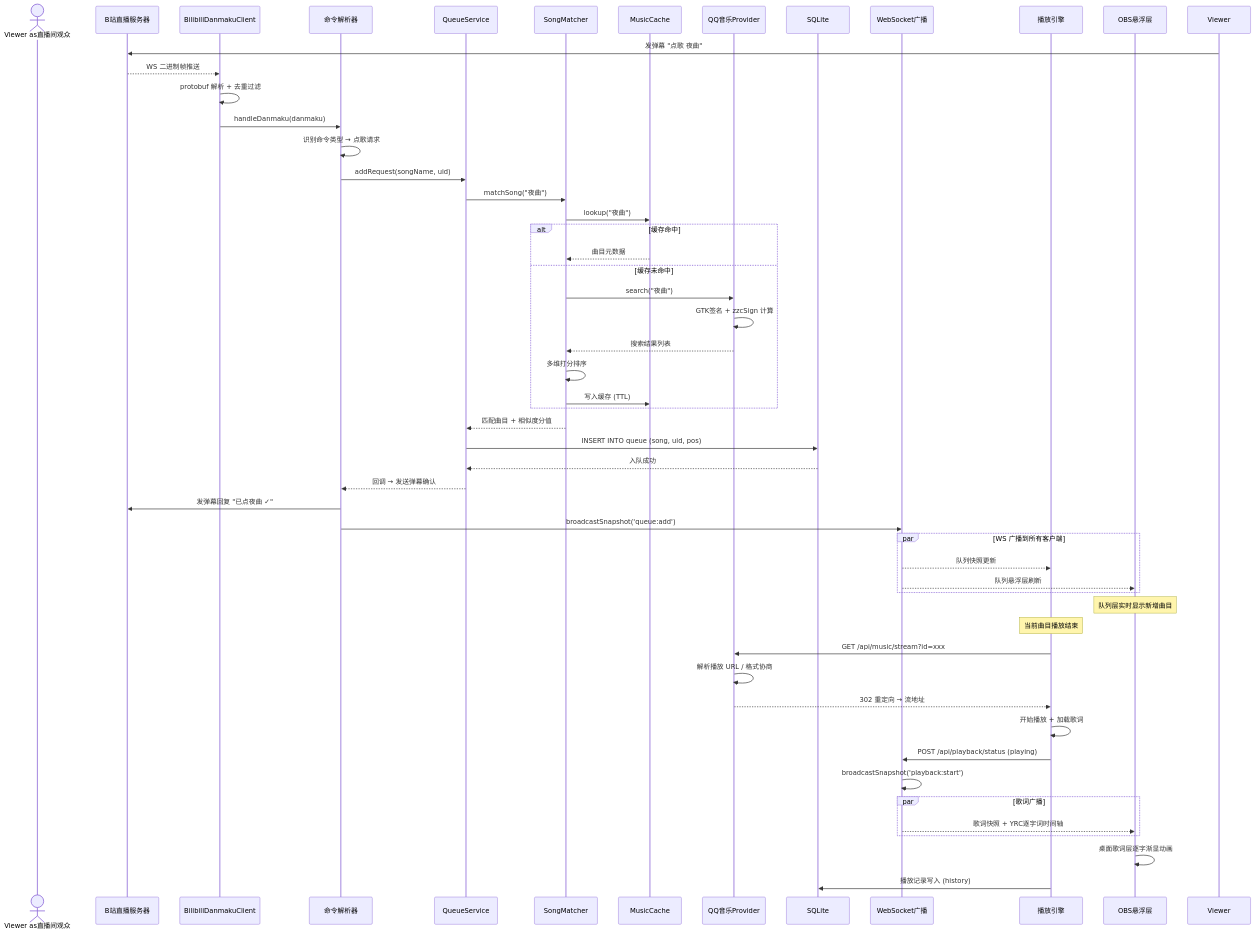
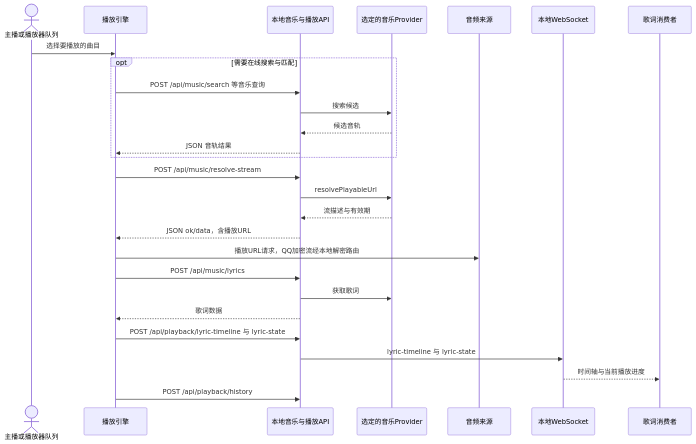
One commit to AuroraWhisperer/LIRA changed the second of 2 diagrams in docs/architecture/diagrams/song-request-flow.md. Above: the diagram before and after it, drawn with Mermaid. The commit also changed other lines of this file and 194 other files, not shown here.

````diff
--- a/docs/architecture/diagrams/song-request-flow.md
+++ b/docs/architecture/diagrams/song-request-flow.md
@@ -7,67 +30,29 @@
 ```mermaid
 sequenceDiagram
-    actor Viewer as直播间观众
-    participant BL as B站直播服务器
-    participant DC as BilibiliDanmakuClient
-    participant CMD as 命令解析器
-    participant QS as QueueService
-    participant SM as SongMatcher
-    participant CACHE as MusicCache
-    participant QQ as QQ音乐Provider
-    participant DB as SQLite
-    participant WS as WebSocket广播
+    actor User as 主播或播放器队列
     participant FE as 播放引擎
-    participant OBS as OBS悬浮层
-
-    Viewer->>BL: 发弹幕 "点歌 夜曲"
-    BL-->>DC: WS 二进制帧推送
-    DC->>DC: protobuf 解析 + 去重过滤
-
-    DC->>CMD: handleDanmaku(danmaku)
-    CMD->>CMD: 识别命令类型 → 点歌请求
-
-    CMD->>QS: addRequest(songName, uid)
-    QS->>SM: matchSong("夜曲")
-    SM->>CACHE: lookup("夜曲")
-
-    alt缓存命中
-        CACHE-->>SM: 曲目元数据
-    else 缓存未命中
-        SM->>QQ: search("夜曲")
-        QQ->>QQ: GTK签名 + zzcSign 计算
-        QQ-->>SM: 搜索结果列表
-        SM->>SM: 多维打分排序
-        SM->>CACHE: 写入缓存 (TTL)
+    participant API as 本地音乐与播放API
+    participant P as 选定的音乐Provider
+    participant CDN as 音频来源
+    participant WS as 本地WebSocket
+    participant Lyric as 歌词消费者
+    User->>FE: 选择要播放的曲目
+    opt 需要在线搜索与匹配
+        FE->>API: POST /api/music/search 等音乐查询
+        API->>P: 搜索候选
+        P-->>API: 候选音轨
+        API-->>FE: JSON 音轨结果
     end
-
-    SM-->>QS: 匹配曲目 + 相似度分值
-    QS->>DB: INSERT INTO queue (song, uid, pos)
-    DB-->>QS: 入队成功
-    QS-->>CMD: 回调 → 发送弹幕确认
-
-    CMD->>BL: 发弹幕回复 "已点夜曲 ✓"
-    CMD->>WS: broadcastSnapshot('queue:add')
-
-    par WS 广播到所有客户端
-        WS-->>FE: 队列快照更新
-        WS-->>OBS: 队列悬浮层刷新
-    end
-
-    Note over OBS: 队列层实时显示新增曲目
-
-    Note over FE: 当前曲目播放结束
-    FE->>QQ: GET /api/music/stream?id=xxx
-    QQ->>QQ: 解析播放 URL / 格式协商
-    QQ-->>FE: 302 重定向 → 流地址
-
-    FE->>FE: 开始播放 + 加载歌词
-    FE->>WS: POST /api/playback/status (playing)
-    WS->>WS: broadcastSnapshot('playback:start')
-
-    par 歌词广播
-        WS-->>OBS: 歌词快照 + YRC逐字词时间轴
-    end
-
-    OBS->>OBS: 桌面歌词层逐字渐显动画
-    FE->>DB: 播放记录写入 (history)
+    FE->>API: POST /api/music/resolve-stream
+    API->>P: resolvePlayableUrl
+    P-->>API: 流描述与有效期
+    API-->>FE: JSON ok/data，含播放URL
+    FE->>CDN: 播放URL请求，QQ加密流经本地解密路由
+    FE->>API: POST /api/music/lyrics
+    API->>P: 获取歌词
+    API-->>FE: 歌词数据
+    FE->>API: POST /api/playback/lyric-timeline 与 lyric-state
+    API->>WS: lyric-timeline 与 lyric-state
+    WS-->>Lyric: 时间轴与当前播放进度
+    FE->>API: POST /api/playback/history
 ```
````
